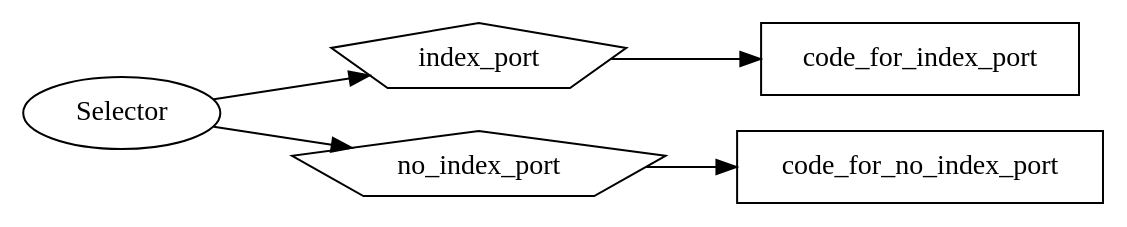
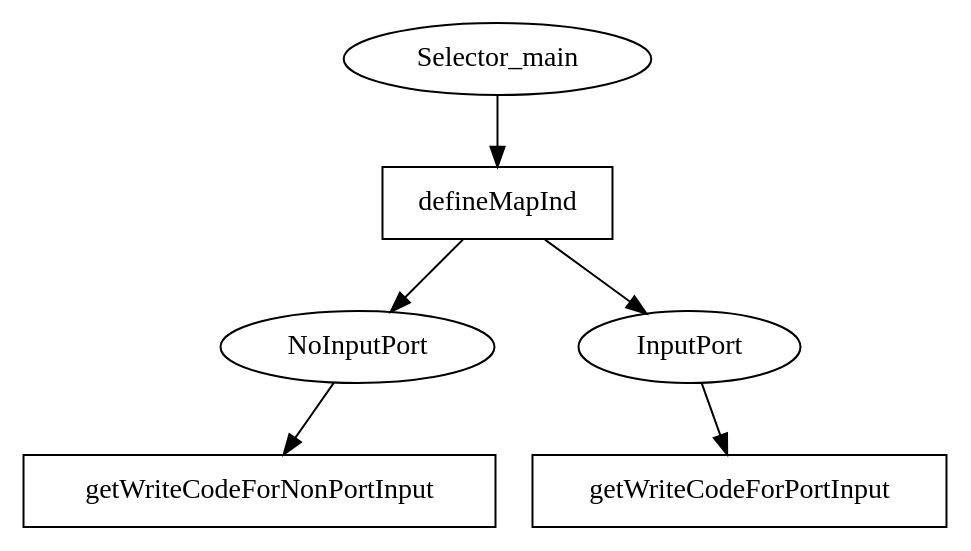
Before and after one commit to NASA-SW-VnV/CoCoSim: the diagram in doc/ToLustre_doc/variationGraph/Selector_To_Lustre.dot, drawn with Graphviz. The commit also changed 10 other files, not shown here.

```diff
--- a/doc/ToLustre_doc/variationGraph/Selector_To_Lustre.dot
+++ b/doc/ToLustre_doc/variationGraph/Selector_To_Lustre.dot
@@ -1,12 +1,21 @@
 digraph Selector {
-        rankdir=LR;
+        rankdir=UD;
         size="8,5"
         node [shape = polygon, sides=5];
-        Selector [shape=ellipse];
-        code_for_index_port [shape=box];
-        code_for_no_index_port [shape=box];
-        Selector -> index_port 
-        Selector -> no_index_port 
-        index_port -> code_for_index_port 
-        no_index_port -> code_for_no_index_port 
+
+
+        Selector_main [shape=ellipse];
+        NoInputPort [shape=ellipse];
+        getWriteCodeForNonPortInput [shape=box];
+        getWriteCodeForPortInput [shape=box];
+        InputPort [shape=ellipse];
+        defineMapInd [shape=box];
+
+        Selector_main -> defineMapInd
+        defineMapInd -> InputPort
+        defineMapInd -> NoInputPort
+        NoInputPort -> getWriteCodeForNonPortInput
+        InputPort -> getWriteCodeForPortInput
+
+
 }
```
